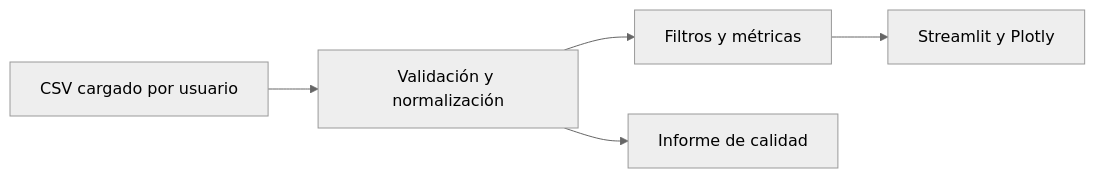
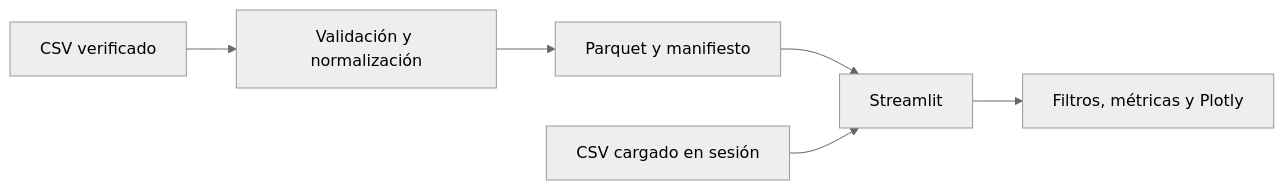
Before and after one commit to Kiara1616/FuelScope: the diagram in README.md, drawn with Mermaid (neutral theme). The commit also changed other lines of this file and 11 other files, not shown here.

````diff
--- a/README.md
+++ b/README.md
@@ -33,7 +33,8 @@
 ```mermaid
 flowchart LR
-    A[CSV cargado por usuario] --> B[Validación y normalización]
-    B --> C[Filtros y métricas]
-    C --> D[Streamlit y Plotly]
-    B --> E[Informe de calidad]
+    A[CSV verificado] --> B[Validación y normalización]
+    B --> C[Parquet y manifiesto]
+    C --> D[Streamlit]
+    E[CSV cargado en sesión] --> D
+    D --> F[Filtros, métricas y Plotly]
 ```
````
